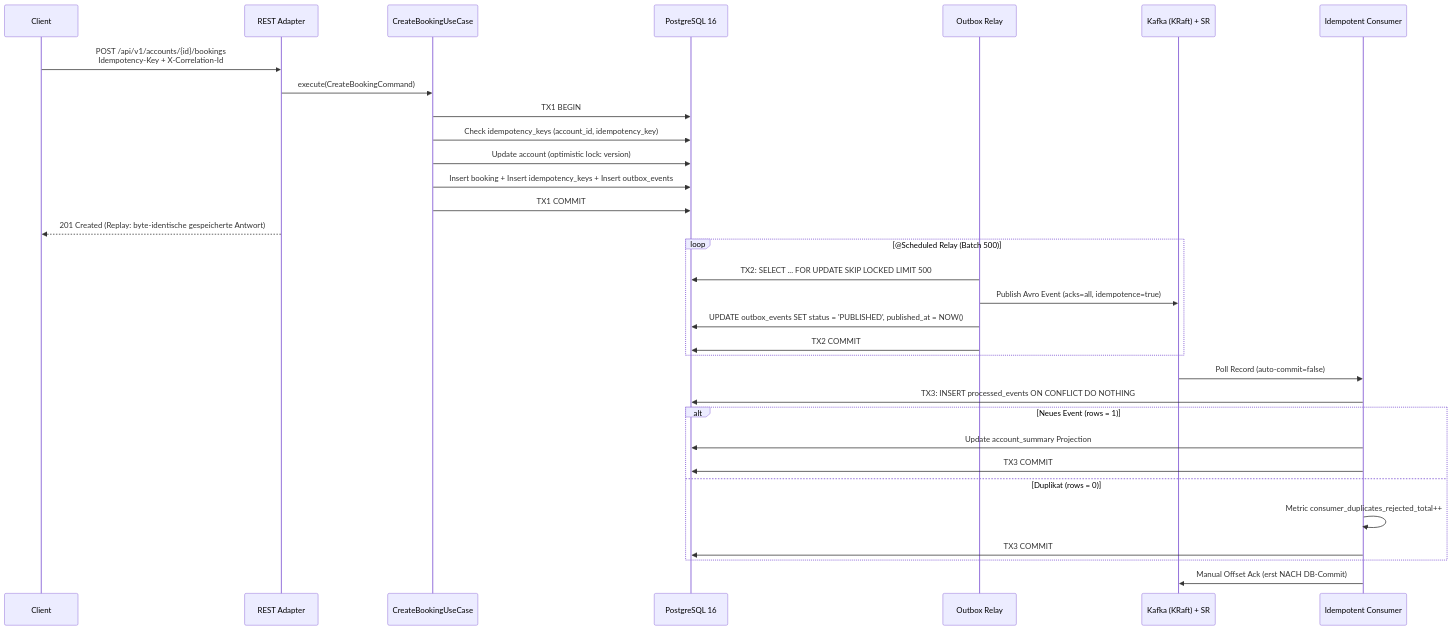
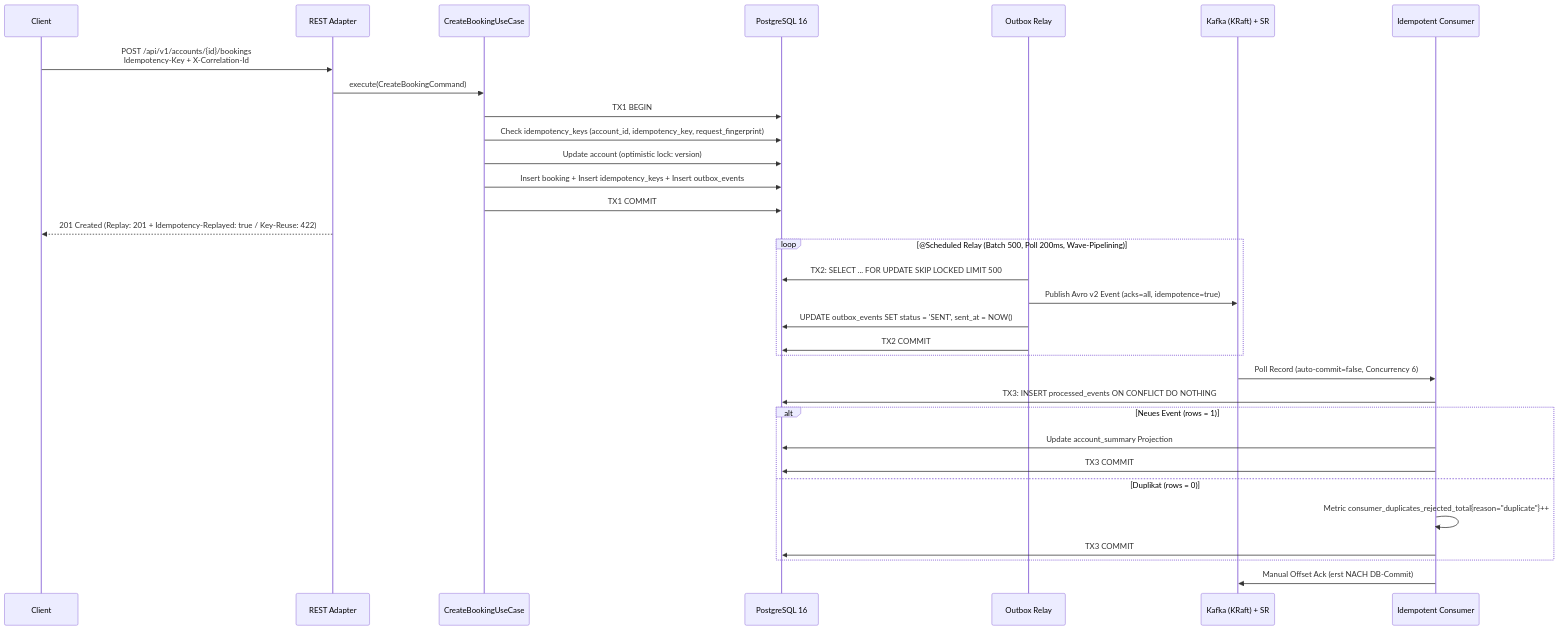
Before and after one commit to timstallinger/ledger-stream: the fourth of 4 diagrams in docs/architecture.md, drawn with Mermaid. The commit also changed other lines of this file and 15 other files, not shown here.

Commit message:
docs(phase12): add 10 ADRs, design decisions, operations runbook, architecture and README

````diff
--- a/docs/architecture.md
+++ b/docs/architecture.md
@@ -37,37 +79,37 @@
 ```mermaid
 sequenceDiagram
     participant C as Client
     participant API as REST Adapter
     participant UC as CreateBookingUseCase
     participant DB as PostgreSQL 16
     participant RELAY as Outbox Relay
     participant KAFKA as Kafka (KRaft) + SR
     participant CONS as Idempotent Consumer
 
     C->>API: POST /api/v1/accounts/{id}/bookings<br/>Idempotency-Key + X-Correlation-Id
     API->>UC: execute(CreateBookingCommand)
     UC->>DB: TX1 BEGIN
-    UC->>DB: Check idempotency_keys (account_id, idempotency_key)
+    UC->>DB: Check idempotency_keys (account_id, idempotency_key, request_fingerprint)
     UC->>DB: Update account (optimistic lock: version)
     UC->>DB: Insert booking + Insert idempotency_keys + Insert outbox_events
     UC->>DB: TX1 COMMIT
-    API-->>C: 201 Created (Replay: byte-identische gespeicherte Antwort)
+    API-->>C: 201 Created (Replay: 201 + Idempotency-Replayed: true / Key-Reuse: 422)
 
-    loop @Scheduled Relay (Batch 500)
+    loop @Scheduled Relay (Batch 500, Poll 200ms, Wave-Pipelining)
         RELAY->>DB: TX2: SELECT ... FOR UPDATE SKIP LOCKED LIMIT 500
-        RELAY->>KAFKA: Publish Avro Event (acks=all, idempotence=true)
-        RELAY->>DB: UPDATE outbox_events SET status = 'PUBLISHED', published_at = NOW()
+        RELAY->>KAFKA: Publish Avro v2 Event (acks=all, idempotence=true)
+        RELAY->>DB: UPDATE outbox_events SET status = 'SENT', sent_at = NOW()
         RELAY->>DB: TX2 COMMIT
     end
 
-    KAFKA->>CONS: Poll Record (auto-commit=false)
+    KAFKA->>CONS: Poll Record (auto-commit=false, Concurrency 6)
     CONS->>DB: TX3: INSERT processed_events ON CONFLICT DO NOTHING
     alt Neues Event (rows = 1)
         CONS->>DB: Update account_summary Projection
         CONS->>DB: TX3 COMMIT
     else Duplikat (rows = 0)
-        CONS->>CONS: Metric consumer_duplicates_rejected_total++
+        CONS->>CONS: Metric consumer_duplicates_rejected_total{reason="duplicate"}++
         CONS->>DB: TX3 COMMIT
     end
     CONS->>KAFKA: Manual Offset Ack (erst NACH DB-Commit)
 ```
````
